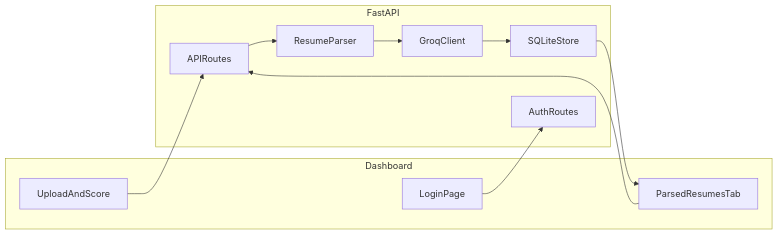
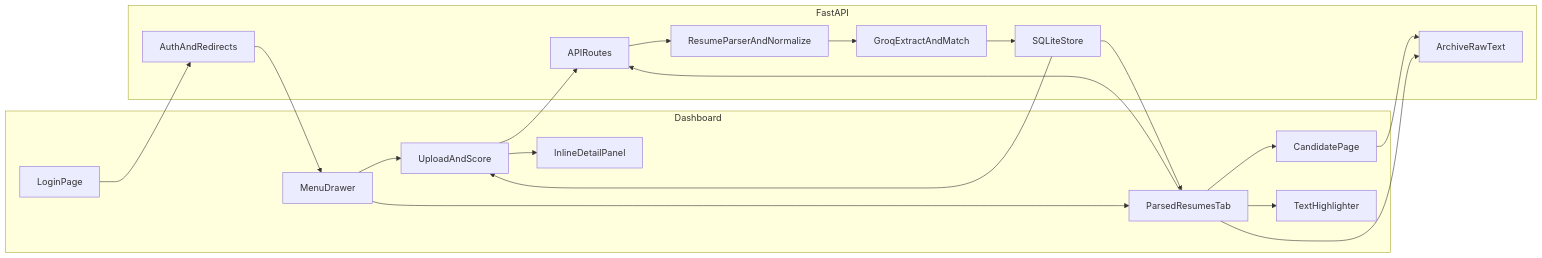
The diagram in README.md (ShreekarN/Unthinkable-Shortlist-Assessment-Batch-2027-Smart-Resume-Screener), drawn with Mermaid before and after one commit. The commit also changed other lines of this file and 45 other files, not shown here.

First line of the commit message:
Sync README architecture and prompts with current app, refresh screenshots, and add demo video.

````diff
--- a/README.md
+++ b/README.md
@@ -29,24 +37,38 @@
 ```mermaid
 flowchart LR
     subgraph ui [Dashboard]
         Login[LoginPage]
+        Menu[MenuDrawer]
         Upload[UploadAndScore]
         Parsed[ParsedResumesTab]
+        DetailInline[InlineDetailPanel]
+        DetailPage[CandidatePage]
+        Highlight[TextHighlighter]
     end
 
     subgraph api [FastAPI]
-        Auth[AuthRoutes]
+        Auth[AuthAndRedirects]
         Routes[APIRoutes]
-        Parser[ResumeParser]
-        Llm[GroqClient]
+        Parser[ResumeParserAndNormalize]
+        Llm[GroqExtractAndMatch]
         Store[SQLiteStore]
+        Archive[ArchiveRawText]
     end
 
     Login --> Auth
+    Auth --> Menu
+    Menu --> Upload
+    Menu --> Parsed
     Upload --> Routes
     Parsed --> Routes
     Routes --> Parser
     Parser --> Llm
     Llm --> Store
+    Store --> Upload
     Store --> Parsed
+    Parsed --> Highlight
+    Parsed --> DetailPage
+    Upload --> DetailInline
+    DetailPage --> Archive
+    Parsed --> Archive
 ```
````
